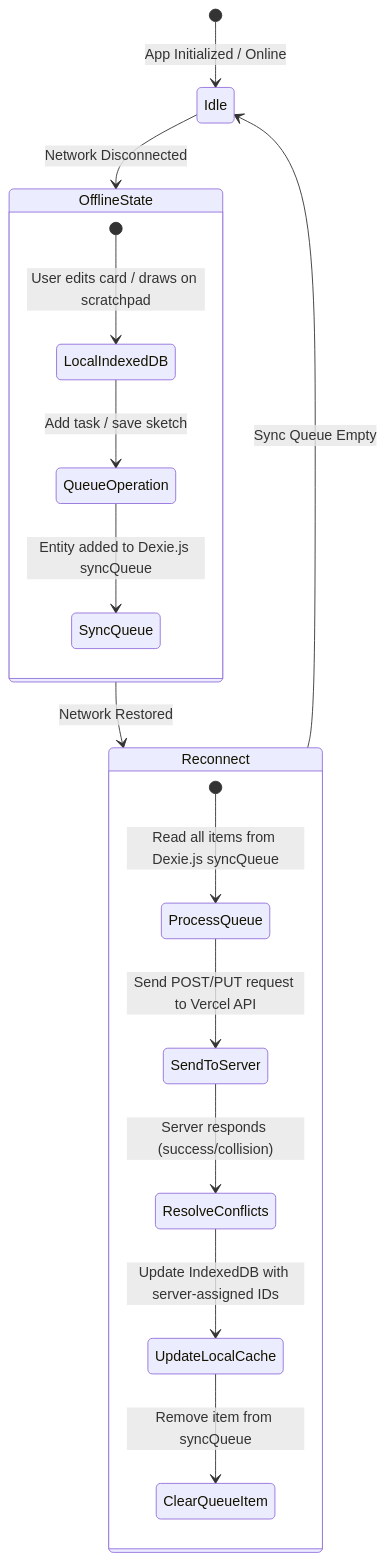
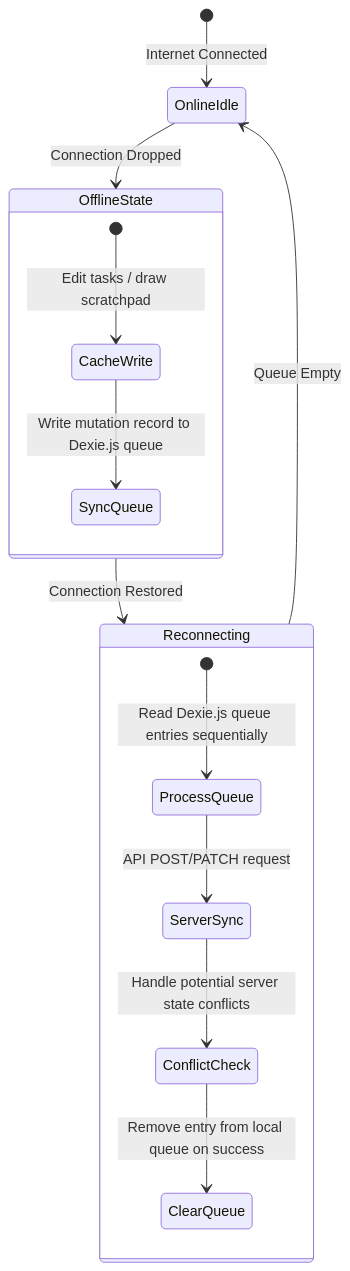
Before and after one commit to BIKRAM-GORAI/consistency: the second of 2 diagrams in README.md, drawn with Mermaid. The commit also changed other lines of this file and 2 other files, not shown here.

Commit message:
docs: remove architecture.html, redirect route to system architecture section in README

````diff
--- a/README.md
+++ b/README.md
@@ -95,23 +127,21 @@
 ```mermaid
 stateDiagram-v2
-    [*] --> Idle : App Initialized / Online
-    Idle --> OfflineState : Network Disconnected
-    
+    [*] --> OnlineIdle : Internet Connected
+    OnlineIdle --> OfflineState : Connection Dropped
+
     state OfflineState {
-        [*] --> LocalIndexedDB : User edits card / draws on scratchpad
-        LocalIndexedDB --> QueueOperation : Add task / save sketch
-        QueueOperation --> SyncQueue : Entity added to Dexie.js syncQueue
+        [*] --> CacheWrite : Edit tasks / draw scratchpad
+        CacheWrite --> SyncQueue : Write mutation record to Dexie.js queue
     }
-    
-    OfflineState --> Reconnect : Network Restored
-    
-    state Reconnect {
-        [*] --> ProcessQueue : Read all items from Dexie.js syncQueue
-        ProcessQueue --> SendToServer : Send POST/PUT request to Vercel API
-        SendToServer --> ResolveConflicts : Server responds (success/collision)
-        ResolveConflicts --> UpdateLocalCache : Update IndexedDB with server-assigned IDs
-        UpdateLocalCache --> ClearQueueItem : Remove item from syncQueue
+
+    OfflineState --> Reconnecting : Connection Restored
+
+    state Reconnecting {
+        [*] --> ProcessQueue : Read Dexie.js queue entries sequentially
+        ProcessQueue --> ServerSync : API POST/PATCH request
+        ServerSync --> ConflictCheck : Handle potential server state conflicts
+        ConflictCheck --> ClearQueue : Remove entry from local queue on success
     }
-    
-    Reconnect --> Idle : Sync Queue Empty
+
+    Reconnecting --> OnlineIdle : Queue Empty
 ```
````
